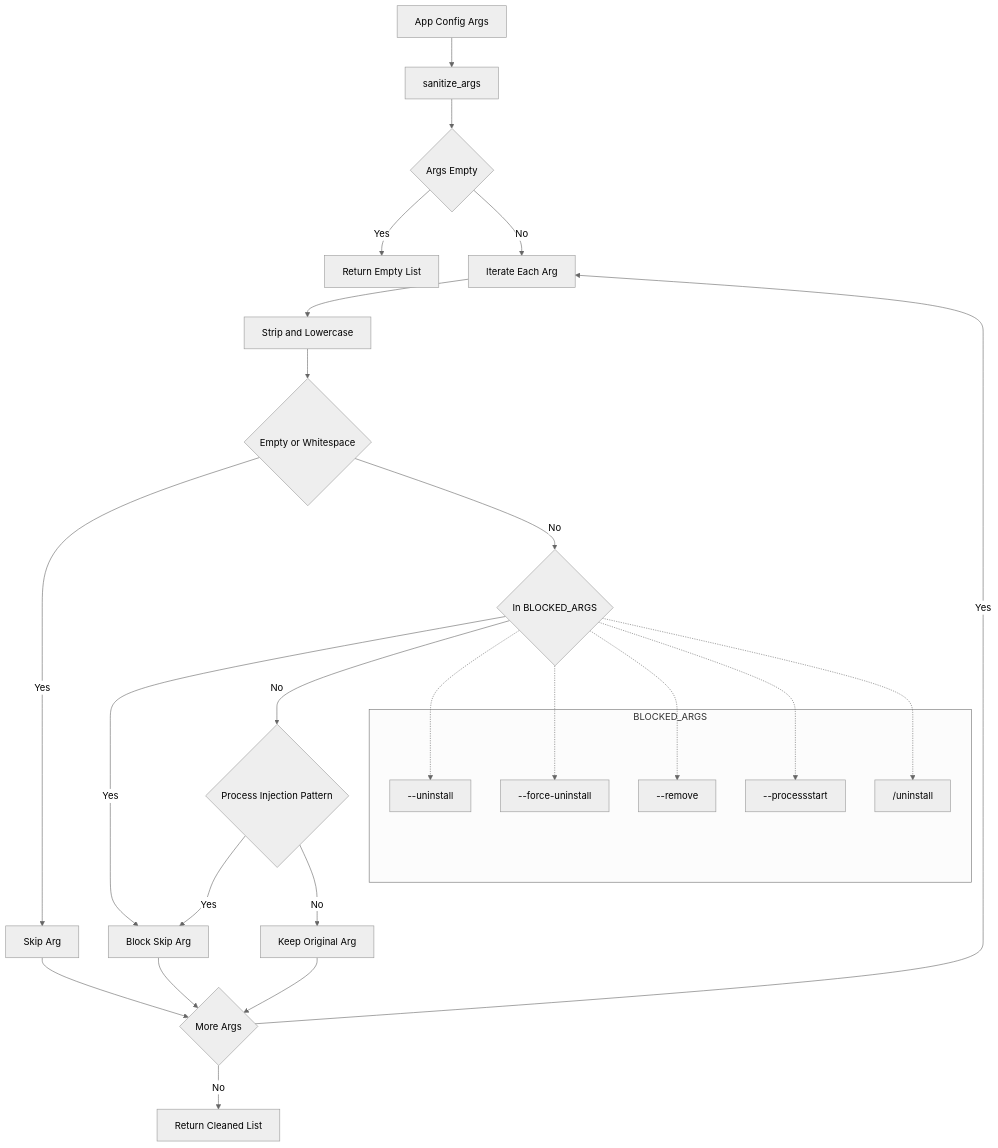
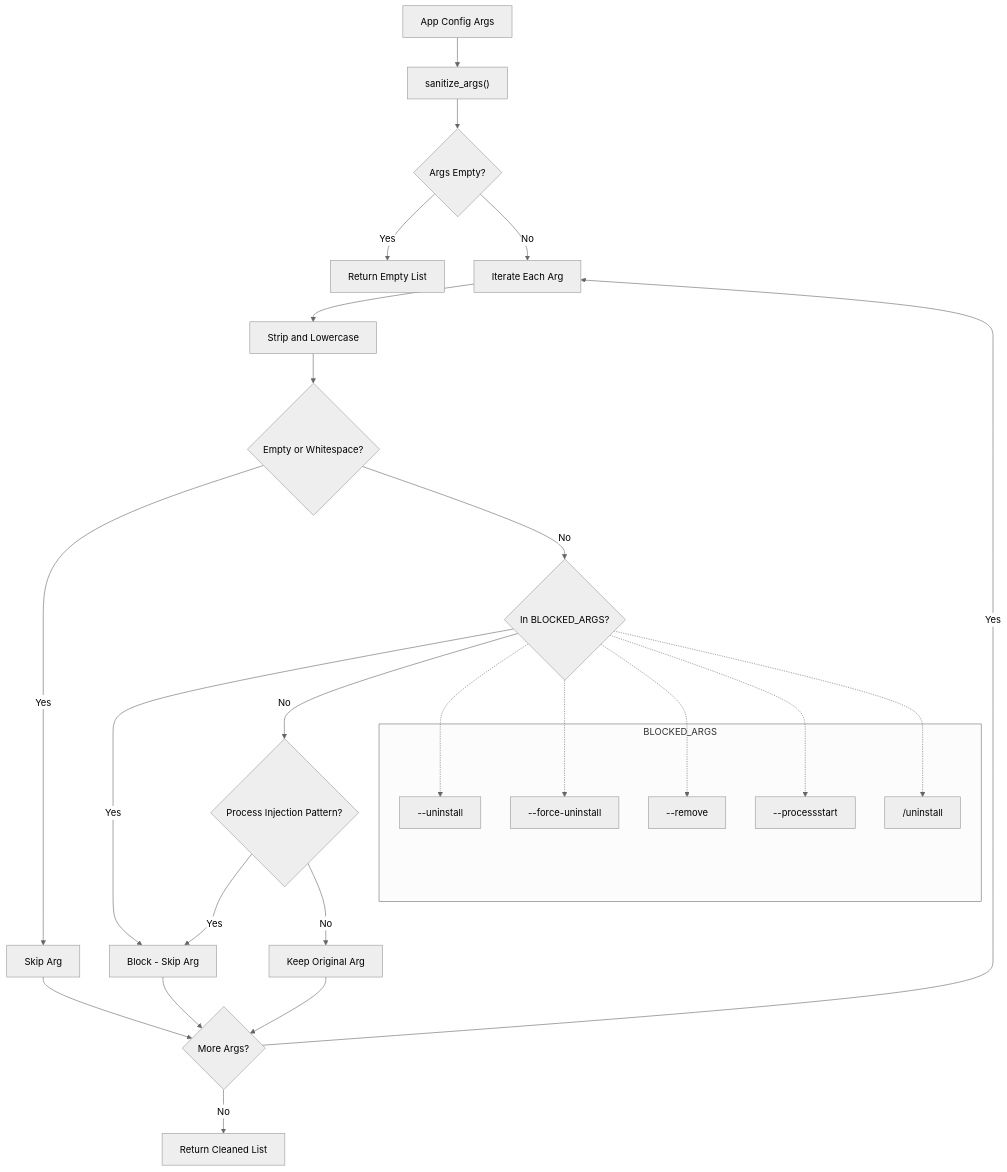
The seventh of 9 diagrams in control/apps.md (error-debug-run/HELL), drawn with Mermaid (neutral theme) before and after one commit. The commit also changed other lines of this file and 1 other file, not shown here.

````diff
--- a/control/apps.md
+++ b/control/apps.md
@@ -292,41 +280,39 @@
 ```mermaid
-
 flowchart TD
-    A["App Config Args"] --> B["sanitize_args"]
-    B --> C{"Args Empty"}
+    A["App Config Args"] --> B["sanitize_args()"]
+    B --> C{"Args Empty?"}
     C -->|Yes| D["Return Empty List"]
     C -->|No| E["Iterate Each Arg"]
     
     E --> F["Strip and Lowercase"]
-    F --> G{"Empty or Whitespace"}
+    F --> G{"Empty or Whitespace?"}
     G -->|Yes| H["Skip Arg"]
-    G -->|No| I{"In BLOCKED_ARGS"}
+    G -->|No| I{"In BLOCKED_ARGS?"}
     
-    I -->|Yes| J["Block Skip Arg"]
-    I -->|No| K{"Process Injection Pattern"}
+    I -->|Yes| J["Block - Skip Arg"]
+    I -->|No| K{"Process Injection Pattern?"}
     
     K -->|Yes| J
     K -->|No| L["Keep Original Arg"]
     
-    H --> M{"More Args"}
+    H --> M{"More Args?"}
     J --> M
     L --> M
     
     M -->|Yes| E
     M -->|No| N["Return Cleaned List"]
     
     subgraph BLOCKED_ARGS
         O["--uninstall"]
         P["--force-uninstall"]
         Q["--remove"]
         R["--processstart"]
         S["/uninstall"]
     end
     
     I -.-> O
     I -.-> P
     I -.-> Q
     I -.-> R
     I -.-> S
-
 ```
````
